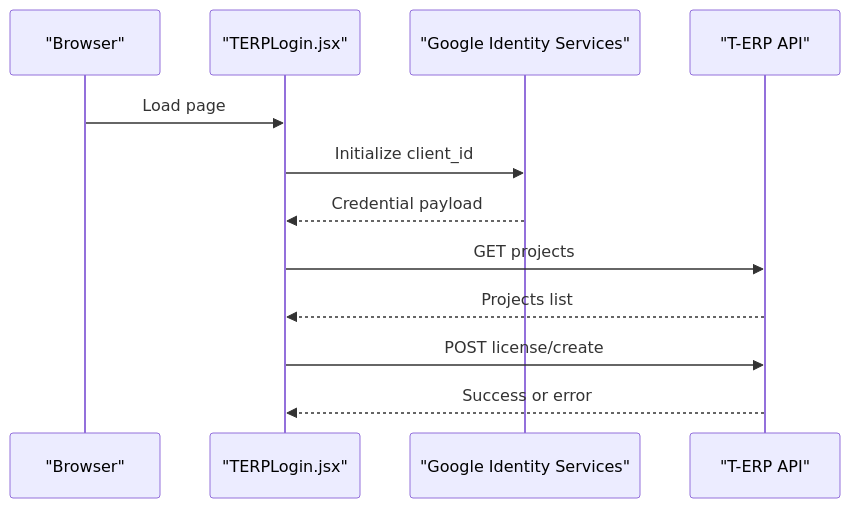
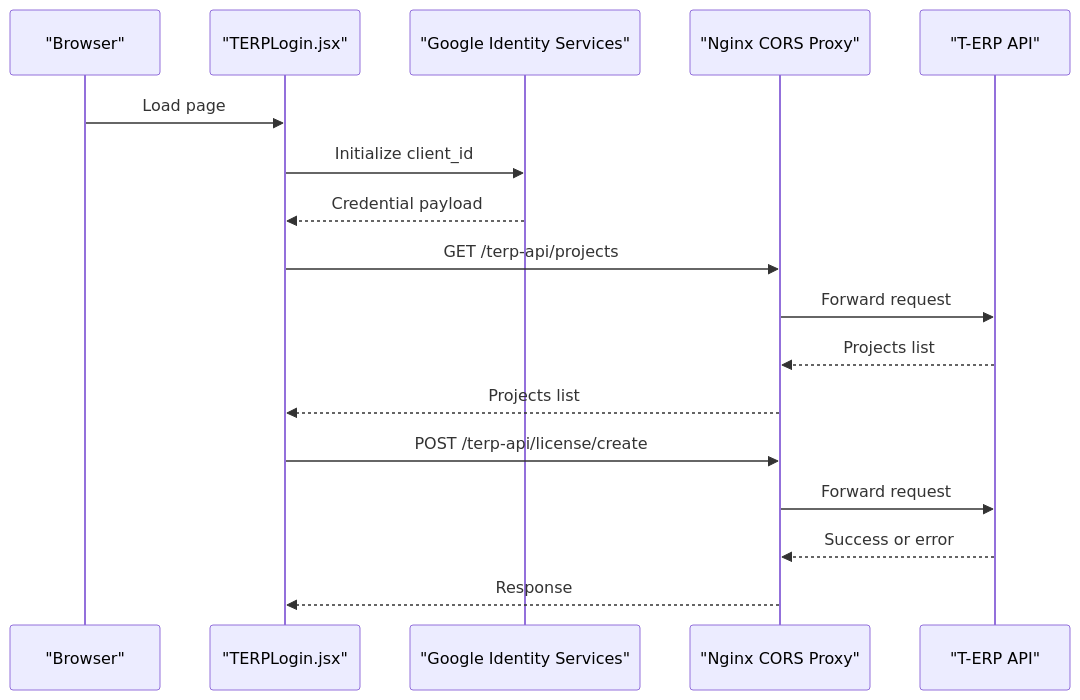
Before and after one commit to imcbsglobal/TRELLISCO_ERP_FRONTEND: the sixth of 7 diagrams in .qoder/repowiki/en/content/Deployment Guide.md, drawn with Mermaid. The commit also changed other lines of this file and 24 other files, not shown here.

````diff
--- a/.qoder/repowiki/en/content/Deployment Guide.md
+++ b/.qoder/repowiki/en/content/Deployment Guide.md
@@ -218,14 +255,19 @@
 ```mermaid
 sequenceDiagram
 participant Browser as "Browser"
 participant Page as "TERPLogin.jsx"
 participant GSI as "Google Identity Services"
+participant NGINX as "Nginx CORS Proxy"
 participant TERP as "T-ERP API"
 Browser->>Page : Load page
 Page->>GSI : Initialize client_id
 GSI-->>Page : Credential payload
-Page->>TERP : GET projects
-TERP-->>Page : Projects list
-Page->>TERP : POST license/create
-TERP-->>Page : Success or error
+Page->>NGINX : GET /terp-api/projects
+NGINX->>TERP : Forward request
+TERP-->>NGINX : Projects list
+NGINX-->>Page : Projects list
+Page->>NGINX : POST /terp-api/license/create
+NGINX->>TERP : Forward request
+TERP-->>NGINX : Success or error
+NGINX-->>Page : Response
 ```
````
